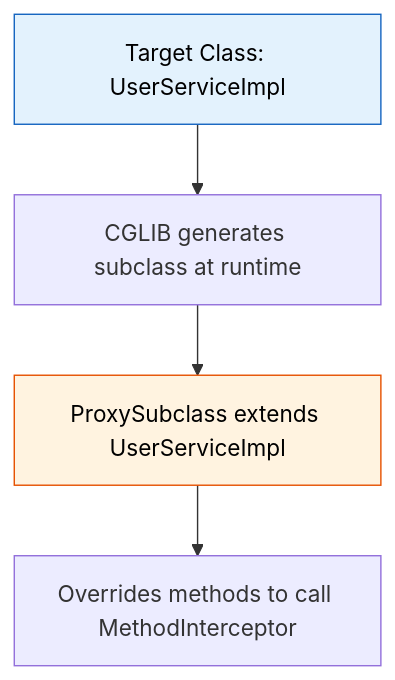
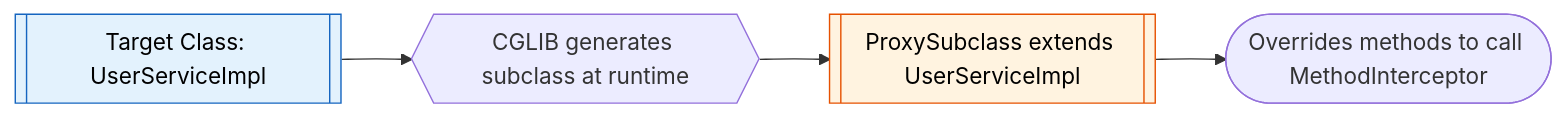
The second of 3 diagrams in docs/java/DynamicProxy.md (saivamsikaruturi/vamsilabs-dev-notes-main), drawn with Mermaid before and after one commit. The commit also changed other lines of this file and 146 other files, not shown here.

Commit message:
Horizontal diagrams, UML class diagrams, typography overhaul, and permalink cleanup

````diff
--- a/docs/java/DynamicProxy.md
+++ b/docs/java/DynamicProxy.md
@@ -276,9 +276,9 @@
 ```mermaid
-graph TD
-    A[Target Class: UserServiceImpl] --> B[CGLIB generates subclass at runtime]
-    B --> C[ProxySubclass extends UserServiceImpl]
-    C --> D[Overrides methods to call MethodInterceptor]
+flowchart LR
+    A[["Target Class: UserServiceImpl"]] --> B{{"CGLIB generates subclass at runtime"}}
+    B --> C[["ProxySubclass extends UserServiceImpl"]]
+    C --> D(["Overrides methods to call MethodInterceptor"])
 
     style A fill:#E3F2FD,stroke:#1565C0,color:#000
     style C fill:#FFF3E0,stroke:#E65100,color:#000
 ```
````
